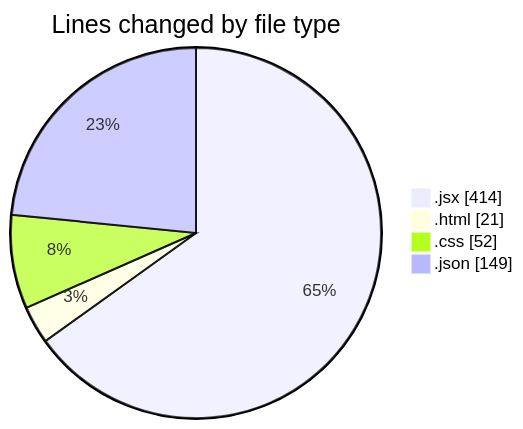
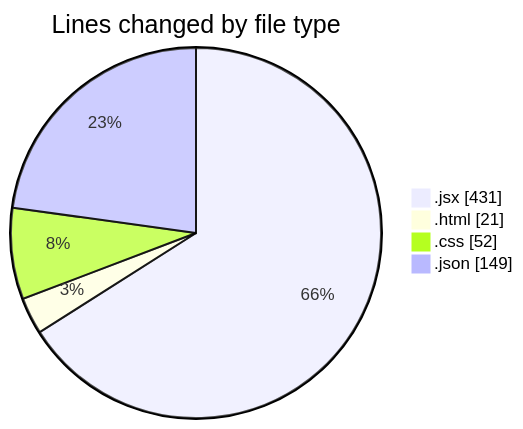
One commit to Elitesun/code-tracking changed the first of 2 diagrams in 2025-02-13/elitegpt/README.md. Above: the diagram before and after it, drawn with Mermaid. The commit also changed other lines of this file and 1 other file, not shown here.

````diff
--- a/2025-02-13/elitegpt/README.md
+++ b/2025-02-13/elitegpt/README.md
@@ -29,8 +30,8 @@
 ```mermaid
 pie showData
 title Lines changed by file type
-".jsx" : 414
+".jsx" : 431
 ".html" : 21
 ".css" : 52
 ".json" : 149
 ```
````
